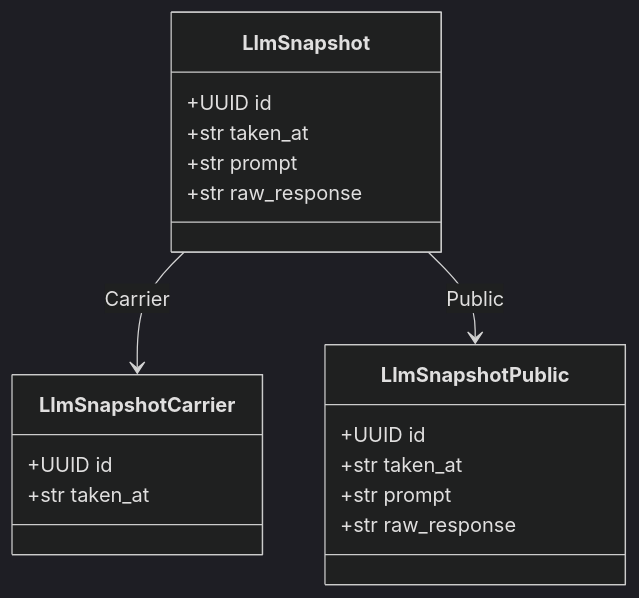
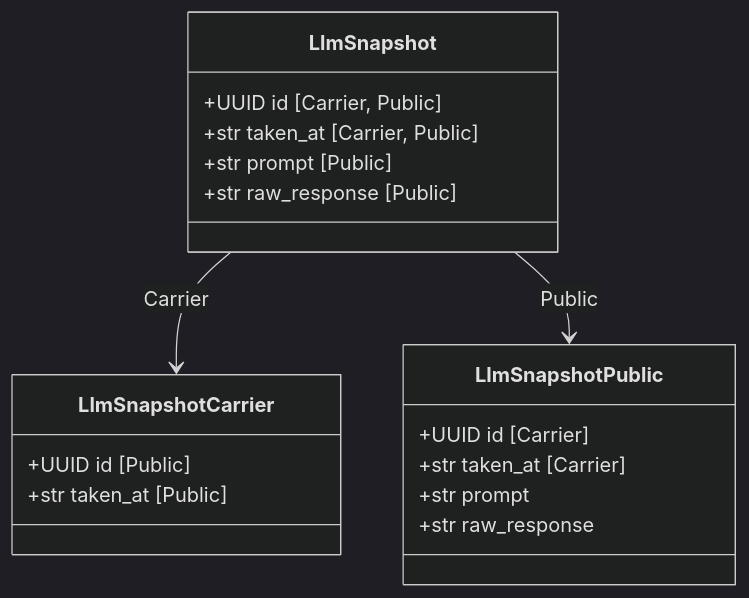
The second of 4 diagrams in examples/embedded_refs/README.md (release-art/pydantic-prism), drawn with Mermaid (dark theme) before and after one commit. The commit also changed other lines of this file and 49 other files, not shown here.

````diff
--- a/examples/embedded_refs/README.md
+++ b/examples/embedded_refs/README.md
@@ -16,22 +16,22 @@
 ```mermaid
 classDiagram
     direction TB
     class LlmSnapshot {
-        +UUID id
-        +str taken_at
-        +str prompt
-        +str raw_response
+        +UUID id [Carrier, Public]
+        +str taken_at [Carrier, Public]
+        +str prompt [Public]
+        +str raw_response [Public]
     }
     class LlmSnapshotCarrier {
-        +UUID id
-        +str taken_at
+        +UUID id [Public]
+        +str taken_at [Public]
     }
     class LlmSnapshotPublic {
-        +UUID id
-        +str taken_at
+        +UUID id [Carrier]
+        +str taken_at [Carrier]
         +str prompt
         +str raw_response
     }
     LlmSnapshot --> LlmSnapshotCarrier : Carrier
     LlmSnapshot --> LlmSnapshotPublic : Public
 ```
````
